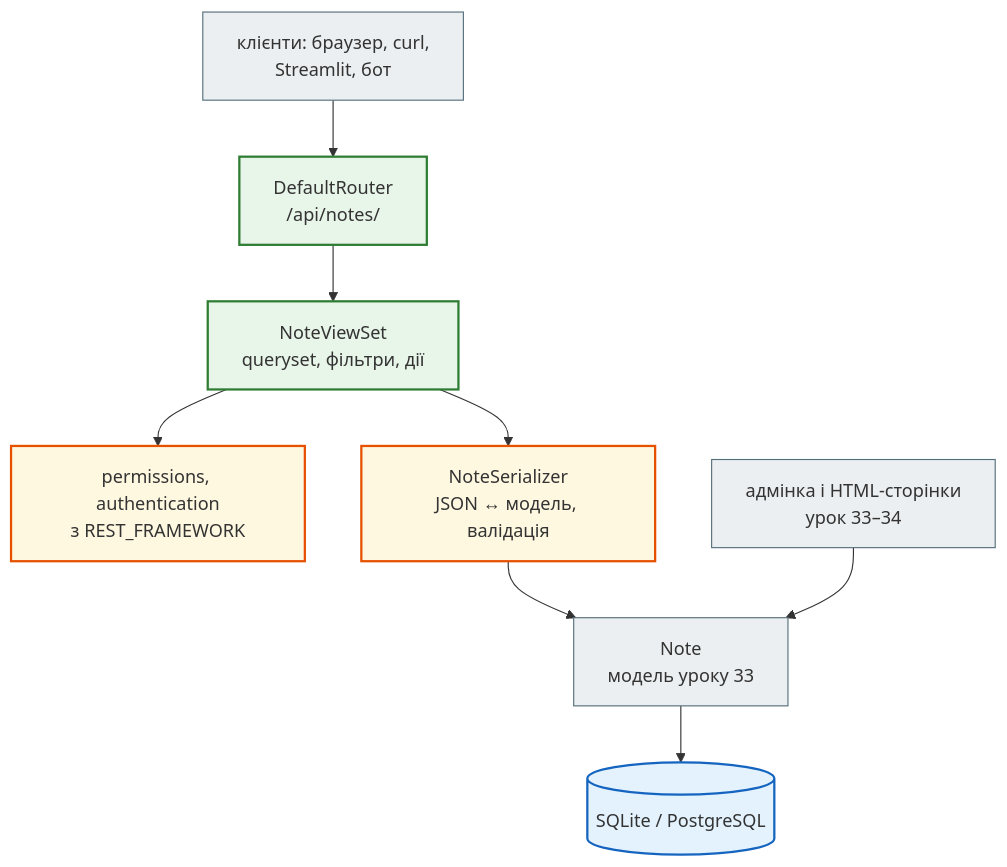
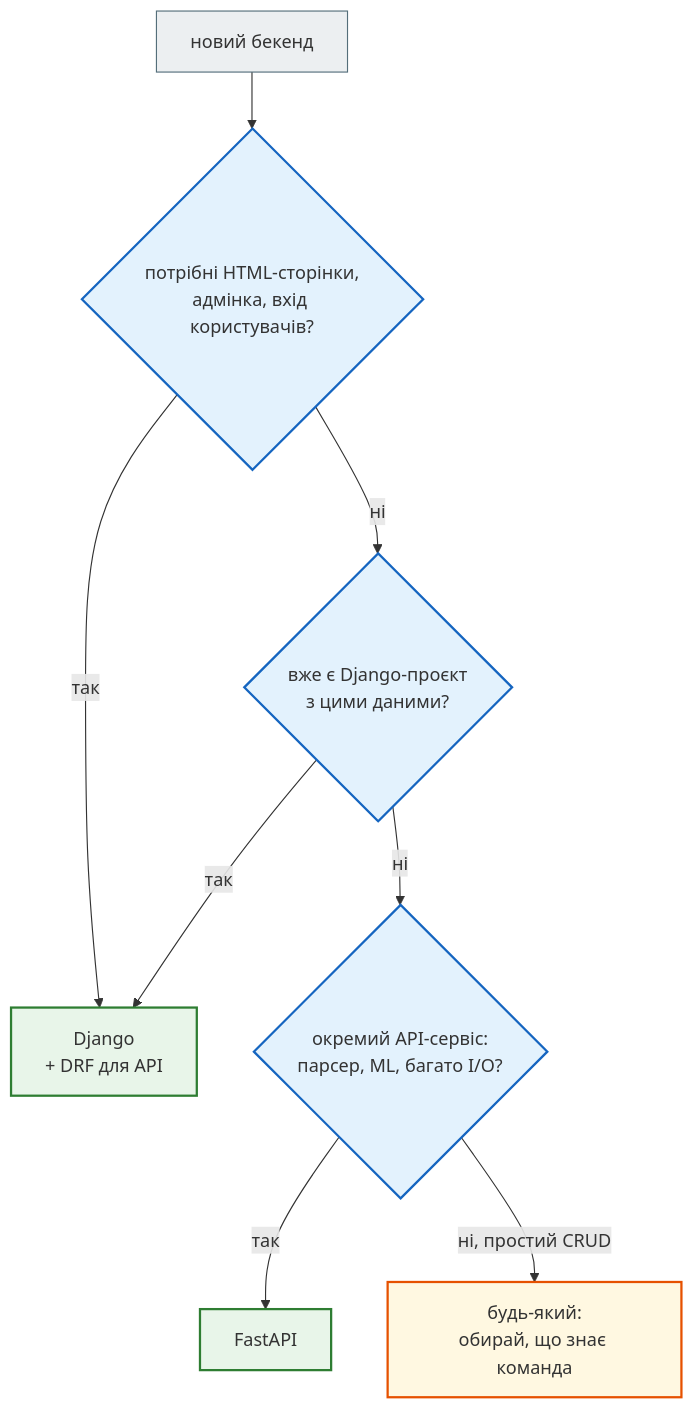
One commit to AlinaRadchenko/PY-Course-Victor-Nikoriak-22-09-2026 changed the second of 2 diagrams in docs/modules/m4/lesson_35.md. Above: the diagram before and after it, drawn with Mermaid. The commit also changed other lines of this file and 78 other files, not shown here.

First line of the commit message:
Lesson 35: rebuild as refactoring 3 (+ REST API) of the lesson 34 project

````diff
--- a/docs/modules/m4/lesson_35.md
+++ b/docs/modules/m4/lesson_35.md
@@ -597,23 +431,21 @@
 ```mermaid
 flowchart TD
     classDef step     fill:#eceff1,stroke:#546e7a,stroke-width:1px;
     classDef decision fill:#e3f2fd,stroke:#1565c0,stroke-width:2px;
     classDef success  fill:#e8f5e9,stroke:#2e7d32,stroke-width:2px;
     classDef error    fill:#ffebee,stroke:#c62828,stroke-width:3px;
     classDef warning  fill:#fff8e1,stroke:#e65100,stroke-width:2px;
 
-    CL["клієнти: браузер, curl,<br>Streamlit, бот"] --> RT["DefaultRouter<br>/api/notes/"]
-    RT --> VS["NoteViewSet<br>queryset, фільтри, дії"]
-    VS --> PM["permissions, authentication<br>з REST_FRAMEWORK"]
-    VS --> SR["NoteSerializer<br>JSON ↔ модель, валідація"]
-    SR --> MD["Note<br>модель уроку 33"]
-    MD --> DB[("SQLite / PostgreSQL")]
-    AD["адмінка і HTML-сторінки<br>урок 33–34"] --> MD
+    Q["новий бекенд"] --> A{"потрібні HTML-сторінки,<br>адмінка, вхід користувачів?"}
+    A -- так --> D["Django<br>+ DRF для API"]
+    A -- ні --> B{"вже є Django-проєкт<br>з цими даними?"}
+    B -- так --> D
+    B -- ні --> C{"окремий API-сервіс:<br>парсер, ML, багато I/O?"}
+    C -- так --> F["FastAPI"]
+    C -- "ні, простий CRUD" --> E["будь-який:<br>обирай, що знає команда"]
 
-    class CL step
-    class RT,VS success
-    class PM warning
-    class SR warning
-    class MD,AD step
-    class DB decision
+    class Q step
+    class A,B,C decision
+    class D,F success
+    class E warning
 ```
````
